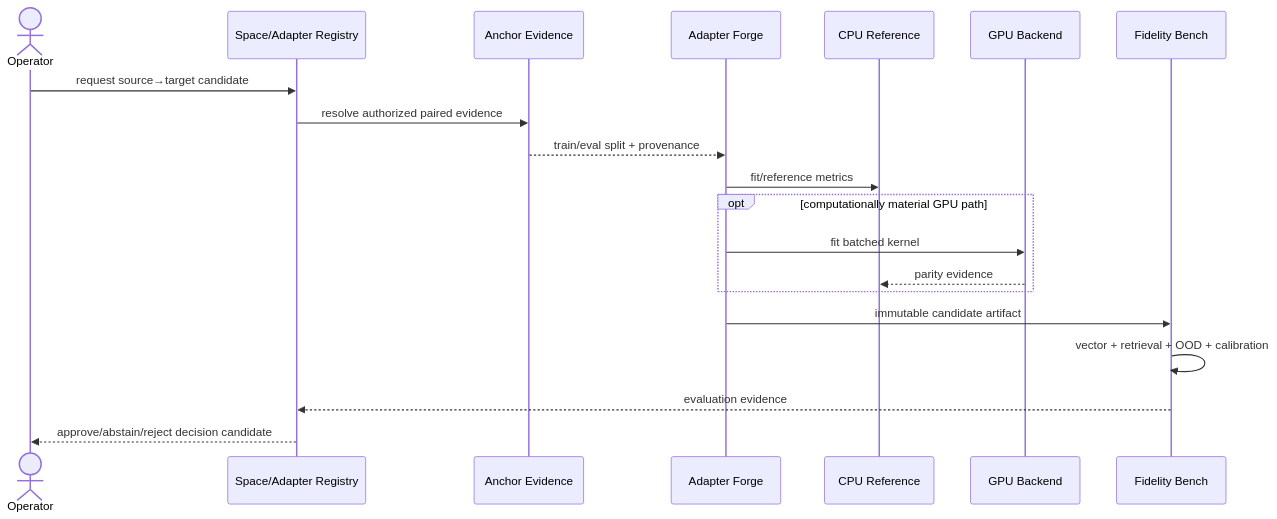
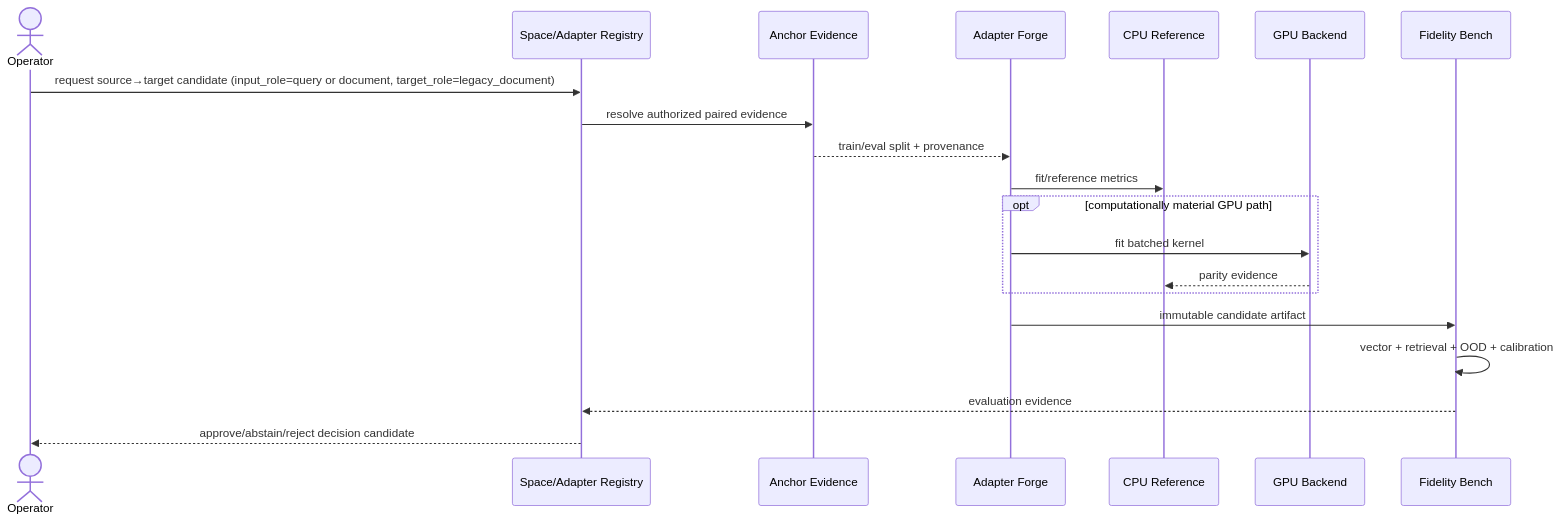
One commit to ContextualWisdomLab/EmbedRelay changed the second of 6 diagrams in docs/UML.md. Above: the diagram before and after it, drawn with Mermaid. The commit also changed other lines of this file, not shown here.

Commit message:
docs(uml): make adapter input and target roles explicit

````diff
--- a/docs/UML.md
+++ b/docs/UML.md
@@ -33,23 +33,23 @@
 ```mermaid
 sequenceDiagram
     actor Operator
     participant Registry as Space/Adapter Registry
     participant Anchor as Anchor Evidence
     participant Forge as Adapter Forge
     participant CPU as CPU Reference
     participant GPU as GPU Backend
     participant Bench as Fidelity Bench
 
-    Operator->>Registry: request source→target candidate
+    Operator->>Registry: request source→target candidate (input_role=query or document, target_role=legacy_document)
     Registry->>Anchor: resolve authorized paired evidence
     Anchor-->>Forge: train/eval split + provenance
     Forge->>CPU: fit/reference metrics
     opt computationally material GPU path
         Forge->>GPU: fit batched kernel
         GPU-->>CPU: parity evidence
     end
     Forge->>Bench: immutable candidate artifact
     Bench->>Bench: vector + retrieval + OOD + calibration
     Bench-->>Registry: evaluation evidence
     Registry-->>Operator: approve/abstain/reject decision candidate
 ```
````
